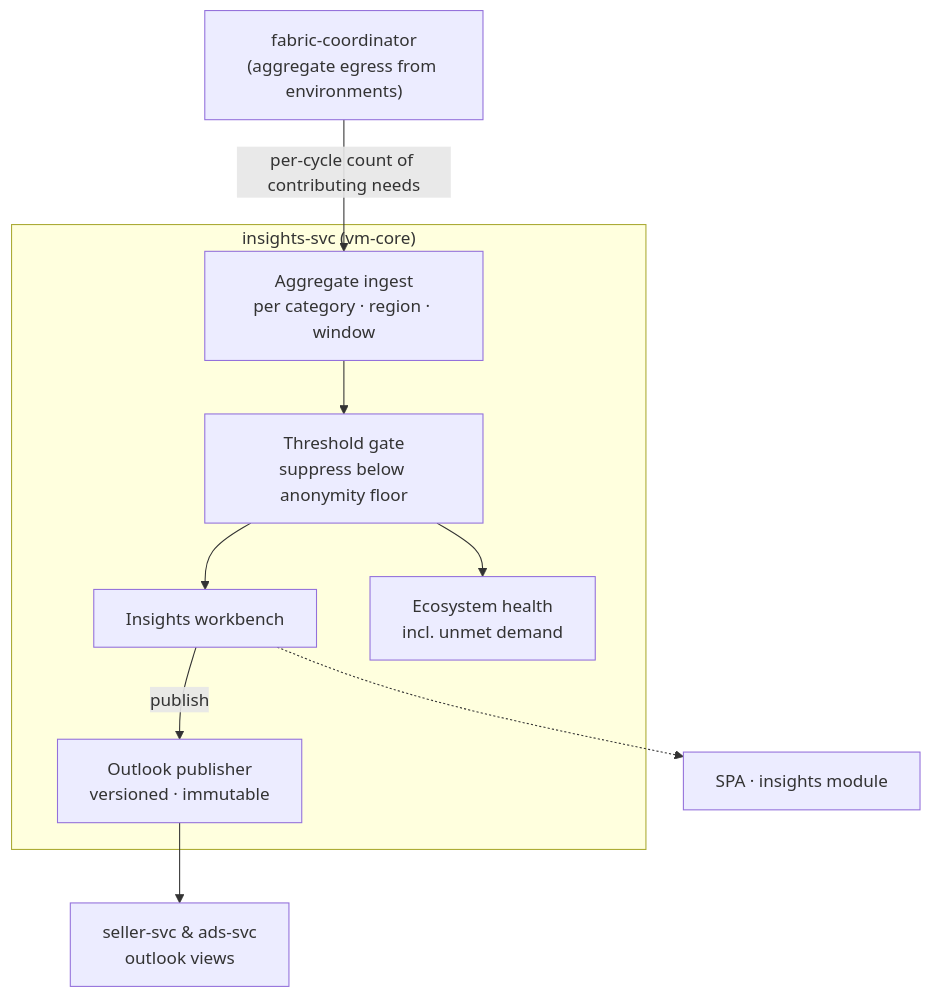
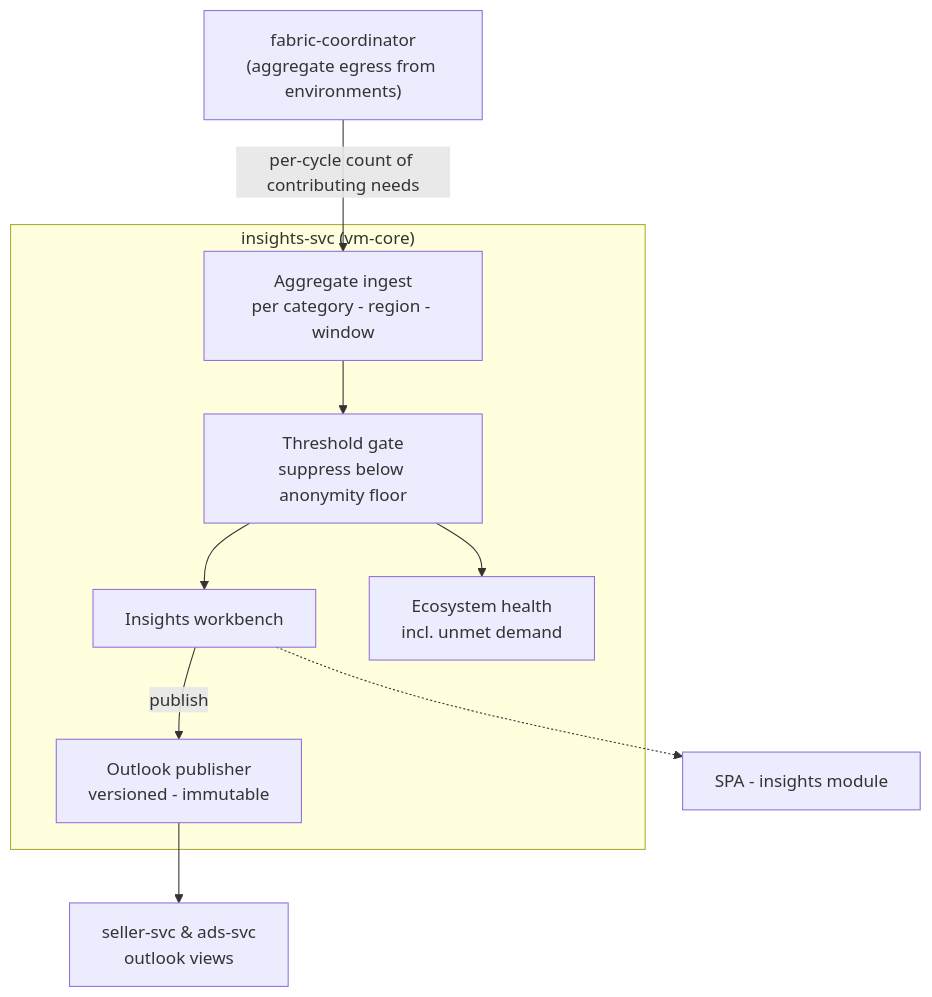
One commit to alius-git/amisad.dev changed the diagram in plan/design/06-insights.md. Above: the diagram before and after it, drawn with Mermaid. The commit also changed other lines of this file and 44 other files, not shown here.

````diff
--- a/plan/design/06-insights.md
+++ b/plan/design/06-insights.md
@@ -7,21 +7,21 @@
 ```mermaid
 flowchart TD
     subgraph svc["insights-svc (vm-core)"]
-        ingest["Aggregate ingest<br/>per category · region · window"]
+        ingest["Aggregate ingest<br/>per category - region - window"]
         threshold["Threshold gate<br/>suppress below anonymity floor"]
         workbench["Insights workbench"]
-        outlooks["Outlook publisher<br/>versioned · immutable"]
+        outlooks["Outlook publisher<br/>versioned - immutable"]
         health["Ecosystem health<br/>incl. unmet demand"]
     end
     fabric["fabric-coordinator<br/>(aggregate egress from environments)"]
-    spa["SPA · insights module"]
+    spa["SPA - insights module"]
     consumers["seller-svc & ads-svc<br/>outlook views"]
 
     fabric -->|"per-cycle count of contributing needs"| ingest
     ingest --> threshold
     threshold --> workbench
     threshold --> health
     workbench -.-> spa
     outlooks --> consumers
     workbench -->|"publish"| outlooks
 ```
````
